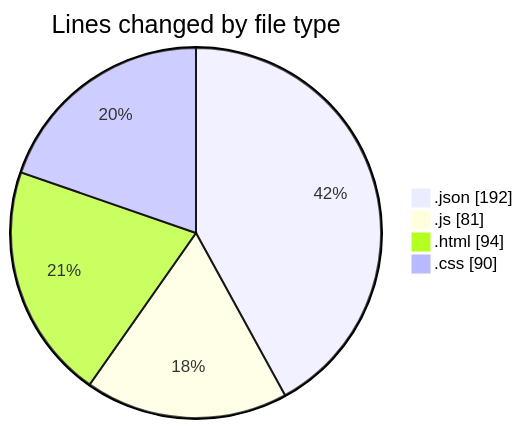
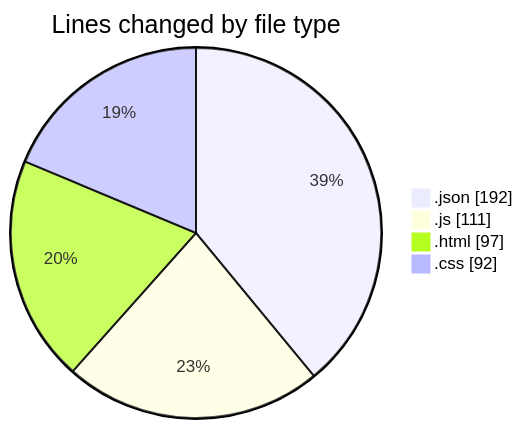
One commit to Ritupan-Deka/code-tracking changed the first of 2 diagrams in 2025-07-05/hidden_search_widget/README.md. Above: the diagram before and after it, drawn with Mermaid. The commit also changed other lines of this file and 1 other file, not shown here.

````diff
--- a/2025-07-05/hidden_search_widget/README.md
+++ b/2025-07-05/hidden_search_widget/README.md
@@ -23,8 +23,8 @@
 ```mermaid
 pie showData
 title Lines changed by file type
 ".json" : 192
-".js" : 81
-".html" : 94
-".css" : 90
+".js" : 111
+".html" : 97
+".css" : 92
 ```
````
